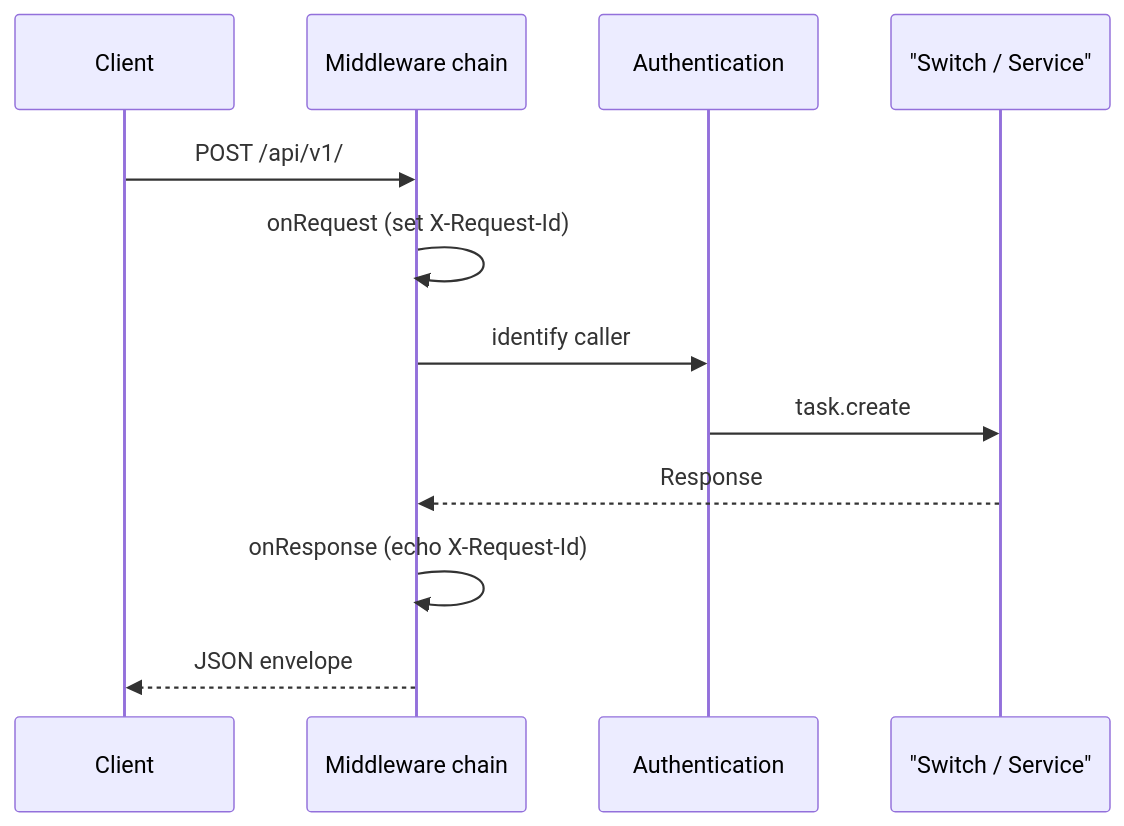
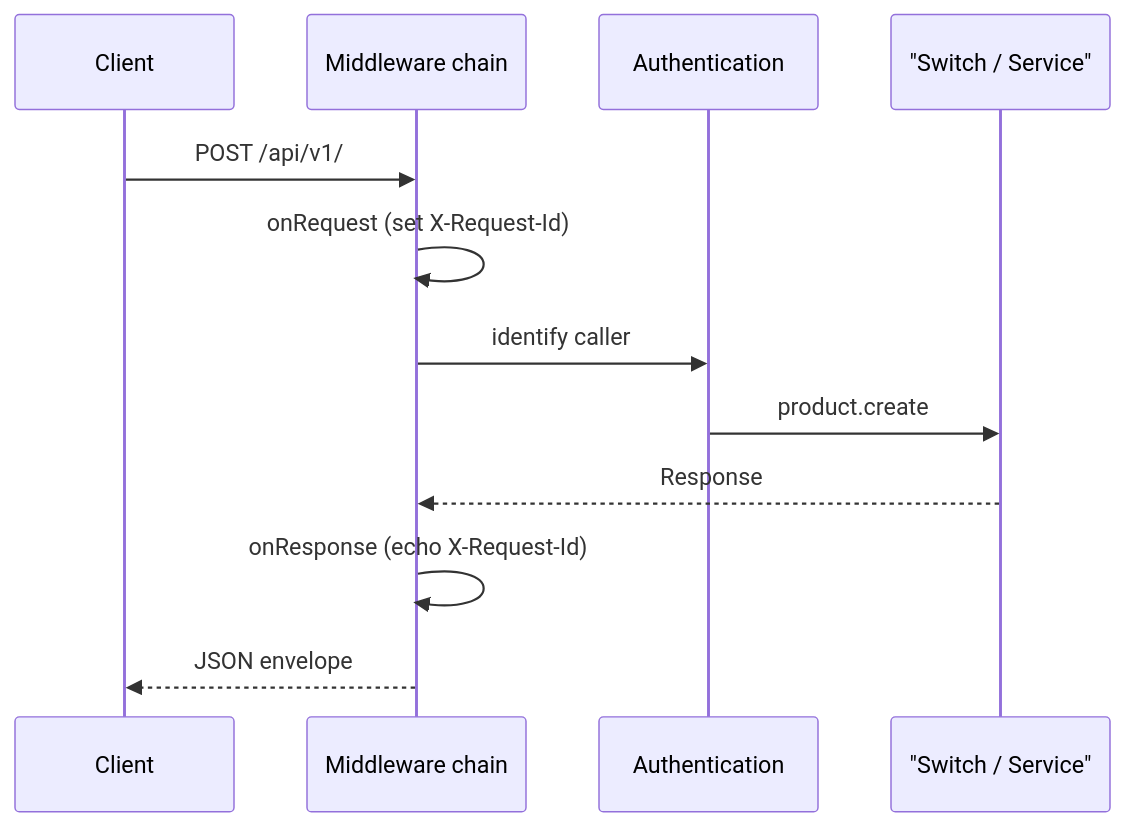
One commit to PioniaPHP-project/pionia-docs changed the diagram in content/docs/documentation/http/middleware.md. Above: the diagram before and after it, drawn with Mermaid. The commit also changed other lines of this file and 268 other files, not shown here.

```diff
--- a/content/docs/documentation/http/middleware.md
+++ b/content/docs/documentation/http/middleware.md
@@ -33,14 +33,14 @@
 {{< mermaid >}}
 sequenceDiagram
   participant Client
   participant MW as Middleware chain
   participant Auth as Authentication
   participant API as "Switch / Service"
   Client->>MW: POST /api/v1/
   MW->>MW: onRequest (set X-Request-Id)
   MW->>Auth: identify caller
-  Auth->>API: task.create
+  Auth->>API: product.create
   API-->>MW: Response
   MW->>MW: onResponse (echo X-Request-Id)
   MW-->>Client: JSON envelope
 {{< /mermaid >}}
```
